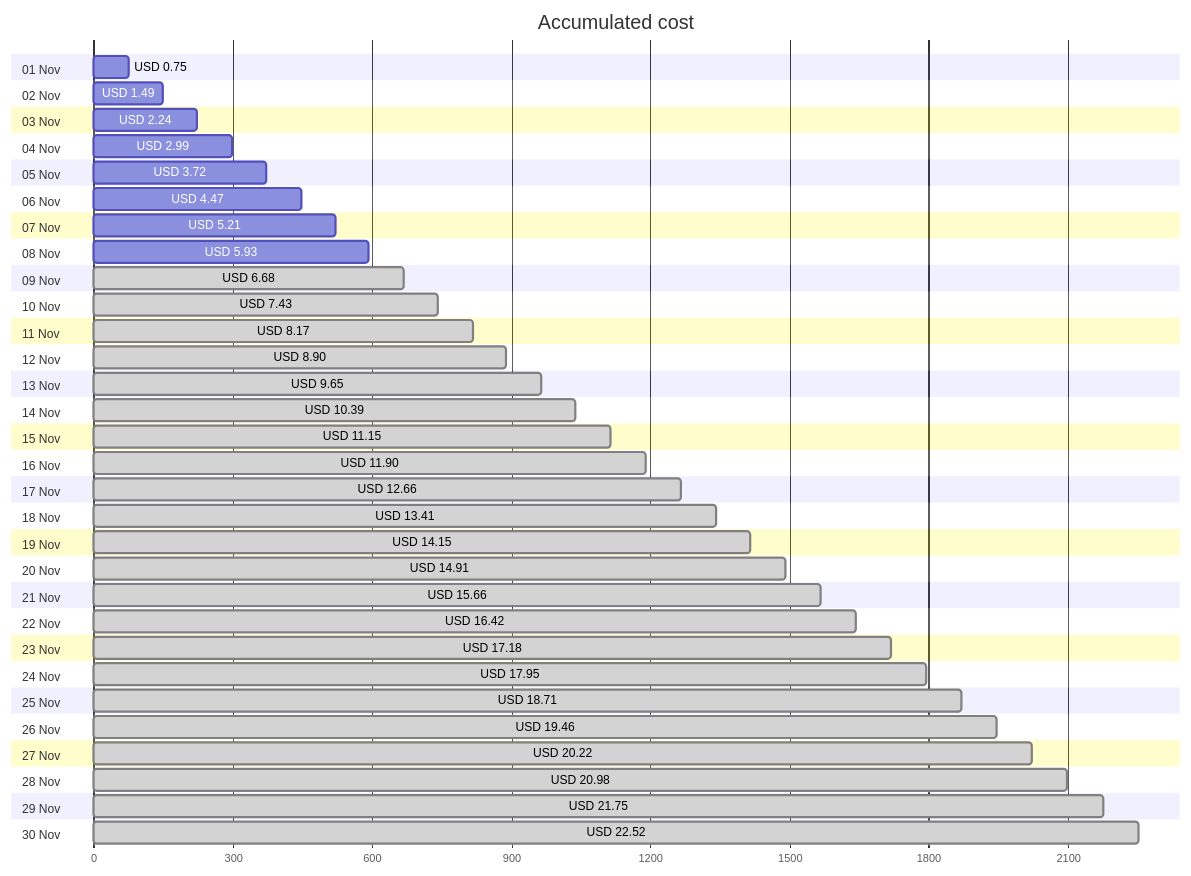
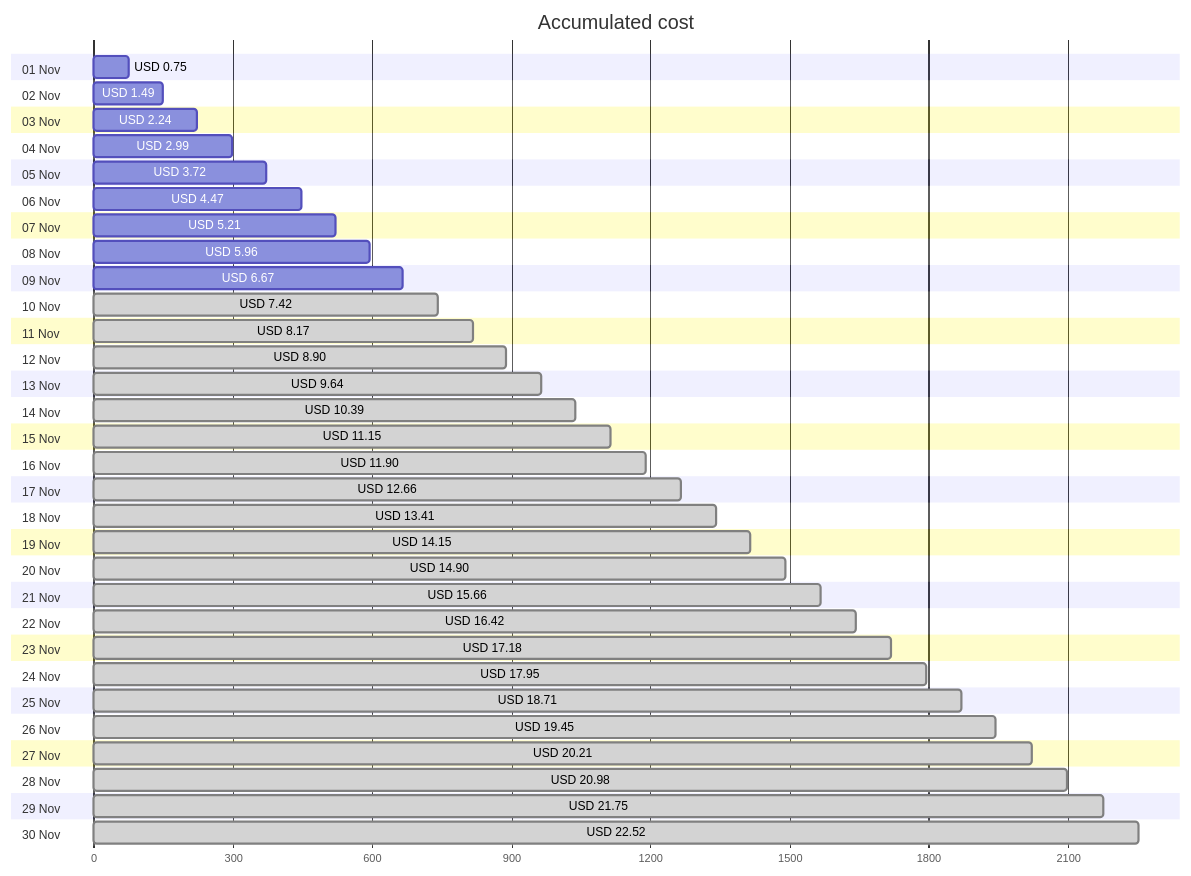
One commit to jpfulton/azure-personal-reports changed the first of 4 diagrams in cost-reports/personal-network/backup-server-data-disk.md. Above: the diagram before and after it, drawn with Mermaid. The commit also changed other lines of this file and 8 other files, not shown here.

````diff
--- a/cost-reports/personal-network/backup-server-data-disk.md
+++ b/cost-reports/personal-network/backup-server-data-disk.md
@@ -20,66 +20,66 @@
 ```mermaid
 gantt
    title Accumulated cost
    dateFormat  X
    axisFormat %s
    section 01 Nov
    USD 0.75 :0, 75
    section 02 Nov
    USD 1.49 :0, 149
    section 03 Nov
    USD 2.24 :0, 224
    section 04 Nov
    USD 2.99 :0, 299
    section 05 Nov
    USD 3.72 :0, 372
    section 06 Nov
    USD 4.47 :0, 447
    section 07 Nov
    USD 5.21 :0, 521
    section 08 Nov
-   USD 5.93 :0, 593
+   USD 5.96 :0, 596
    section 09 Nov
-   USD 6.68 : done, 0, 668
+   USD 6.67 :0, 667
    section 10 Nov
-   USD 7.43 : done, 0, 743
+   USD 7.42 : done, 0, 742
    section 11 Nov
    USD 8.17 : done, 0, 817
    section 12 Nov
    USD 8.90 : done, 0, 890
    section 13 Nov
-   USD 9.65 : done, 0, 965
+   USD 9.64 : done, 0, 964
    section 14 Nov
    USD 10.39 : done, 0, 1039
    section 15 Nov
    USD 11.15 : done, 0, 1115
    section 16 Nov
    USD 11.90 : done, 0, 1190
    section 17 Nov
    USD 12.66 : done, 0, 1266
    section 18 Nov
    USD 13.41 : done, 0, 1341
    section 19 Nov
    USD 14.15 : done, 0, 1415
    section 20 Nov
-   USD 14.91 : done, 0, 1491
+   USD 14.90 : done, 0, 1490
    section 21 Nov
    USD 15.66 : done, 0, 1566
    section 22 Nov
    USD 16.42 : done, 0, 1642
    section 23 Nov
    USD 17.18 : done, 0, 1718
    section 24 Nov
    USD 17.95 : done, 0, 1795
    section 25 Nov
    USD 18.71 : done, 0, 1871
    section 26 Nov
-   USD 19.46 : done, 0, 1946
+   USD 19.45 : done, 0, 1945
    section 27 Nov
-   USD 20.22 : done, 0, 2022
+   USD 20.21 : done, 0, 2021
    section 28 Nov
    USD 20.98 : done, 0, 2098
    section 29 Nov
    USD 21.75 : done, 0, 2175
    section 30 Nov
    USD 22.52 : done, 0, 2252
 ```
````
